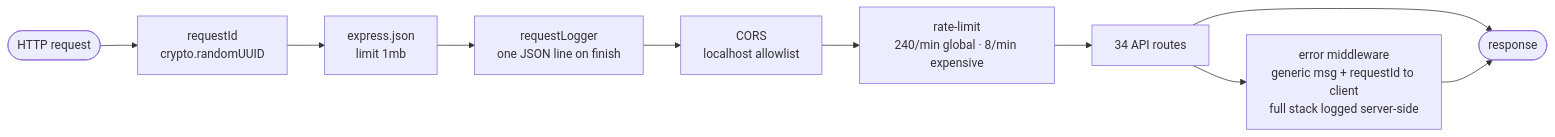
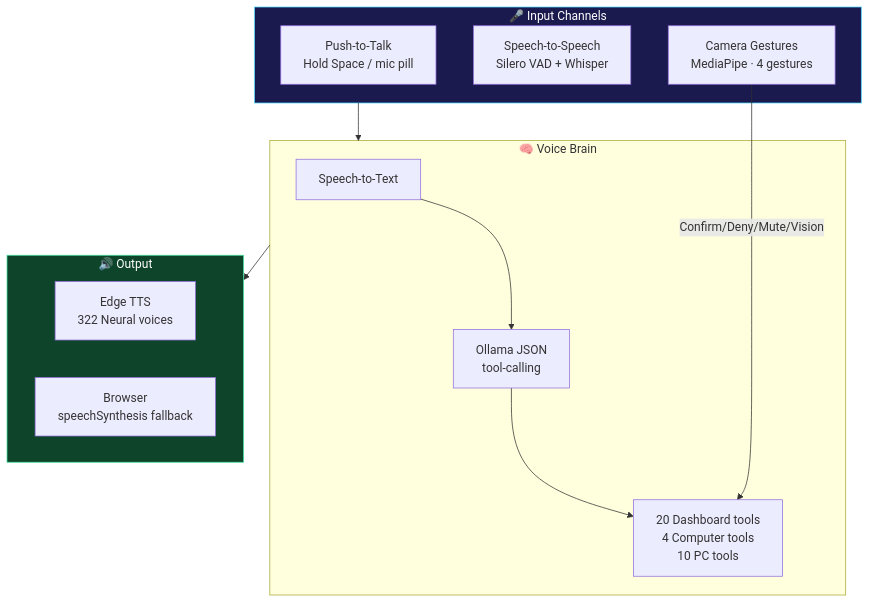
One commit to HailLucifer666/Agent_OS changed the eighth of 10 diagrams in README.md. Above: the diagram before and after it, drawn with Mermaid. The commit also changed other lines of this file, not shown here.

Commit message:
docs: rewrite README for MYTHOS — architecture, OODA, brain chain, immune system, deploy guide, 402 tests, 20 phases, mermaid diagrams

````diff
--- a/README.md
+++ b/README.md
@@ -242,12 +343,24 @@
 ```mermaid
-flowchart LR
-    Req([HTTP request]) --> RID["requestId<br/>crypto.randomUUID"]
-    RID --> JSON["express.json<br/>limit 1mb"]
-    JSON --> LOG["requestLogger<br/>one JSON line on finish"]
-    LOG --> CORS["CORS<br/>localhost allowlist"]
-    CORS --> RL["rate-limit<br/>240/min global · 8/min expensive"]
-    RL --> Routes["34 API routes"]
-    Routes --> Err["error middleware<br/>generic msg + requestId to client<br/>full stack logged server-side"]
-    Routes --> Resp([response])
-    Err --> Resp
+flowchart TB
+    subgraph Input["🎤 Input Channels"]
+        PTT["Push-to-Talk<br/>Hold Space / mic pill"]
+        S2S["Speech-to-Speech<br/>Silero VAD + Whisper"]
+        CAM["Camera Gestures<br/>MediaPipe · 4 gestures"]
+    end
+
+    subgraph Brain["🧠 Voice Brain"]
+        STT["Speech-to-Text"] --> INT["Ollama JSON<br/>tool-calling"]
+        INT --> TOOLS["20 Dashboard tools<br/>4 Computer tools<br/>10 PC tools"]
+    end
+
+    subgraph Output["🔊 Output"]
+        TTS["Edge TTS<br/>322 Neural voices"]
+        SYNTH["Browser<br/>speechSynthesis fallback"]
+    end
+
+    Input --> Brain --> Output
+    CAM -->|"Confirm/Deny/Mute/Vision"| TOOLS
+
+    style Input fill:#1a1a4e,stroke:#4fd8ff,color:#fff
+    style Output fill:#0e4429,stroke:#43e5a0,color:#fff
 ```
````
